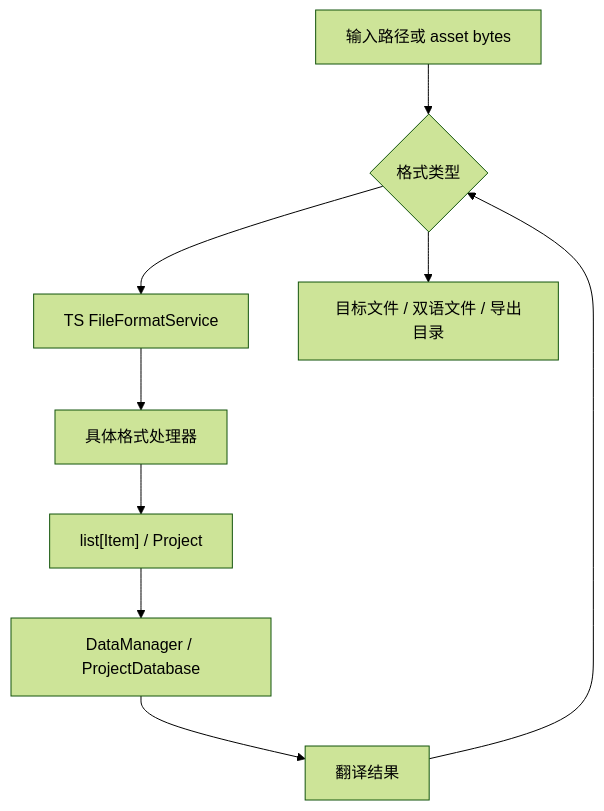
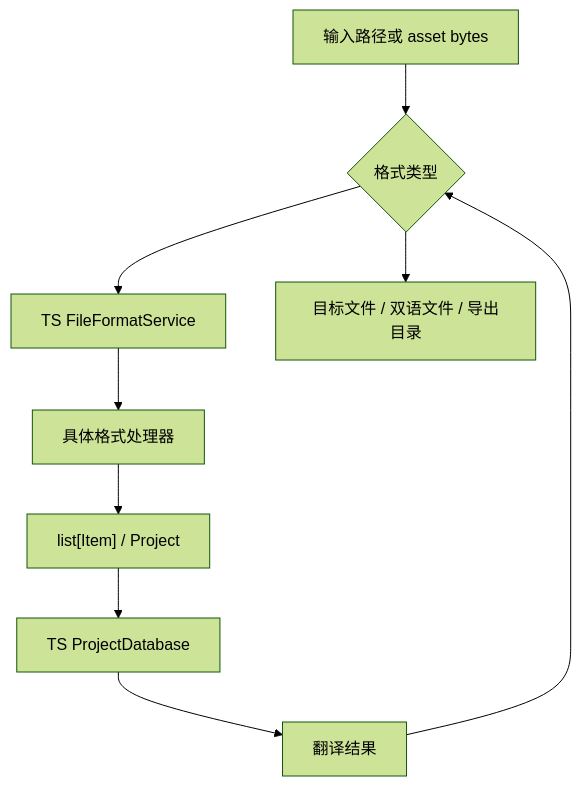
Before and after one commit to neavo/LinguaGacha: the fourth of 4 diagrams in docs/DATA.md, drawn with Mermaid (forest theme). The commit also changed other lines of this file and 53 other files, not shown here.

````diff
--- a/docs/DATA.md
+++ b/docs/DATA.md
@@ -115,11 +114,11 @@
 ```mermaid
 flowchart TD
     A["输入路径或 asset bytes"] --> B{"格式类型"}
     B --> C["TS FileFormatService"]
     C --> E["具体格式处理器"]
     E --> F["list[Item] / Project"]
-    F --> G["DataManager / ProjectDatabase"]
+    F --> G["TS ProjectDatabase"]
     G --> H["翻译结果"]
     H --> B
     B --> I["目标文件 / 双语文件 / 导出目录"]
 ```
````
